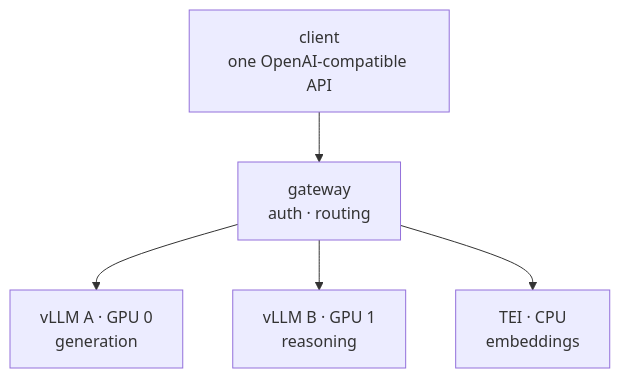
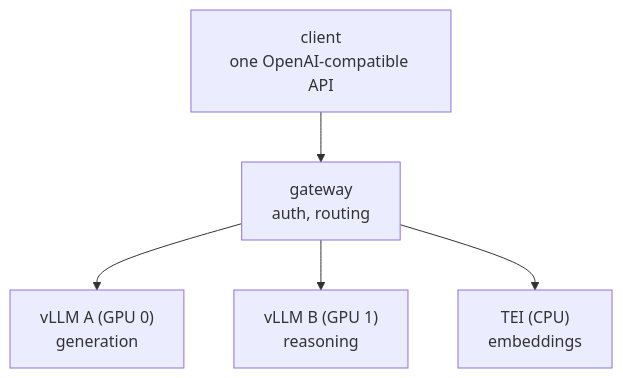
The third of 3 diagrams in src/content/blog/en/ollama-to-vllm.md (kukjun/blog), drawn with Mermaid before and after one commit. The commit also changed other lines of this file and 10 other files, not shown here.

````diff
--- a/src/content/blog/en/ollama-to-vllm.md
+++ b/src/content/blog/en/ollama-to-vllm.md
@@ -216,7 +199,7 @@
 ```mermaid
 flowchart TD
-  C["client<br/>one OpenAI-compatible API"] --> GW["gateway<br/>auth · routing"]
-  GW --> A["vLLM A · GPU 0<br/>generation"]
-  GW --> B["vLLM B · GPU 1<br/>reasoning"]
-  GW --> E["TEI · CPU<br/>embeddings"]
+  C["client<br/>one OpenAI-compatible API"] --> GW["gateway<br/>auth, routing"]
+  GW --> A["vLLM A (GPU 0)<br/>generation"]
+  GW --> B["vLLM B (GPU 1)<br/>reasoning"]
+  GW --> E["TEI (CPU)<br/>embeddings"]
 ```
````
